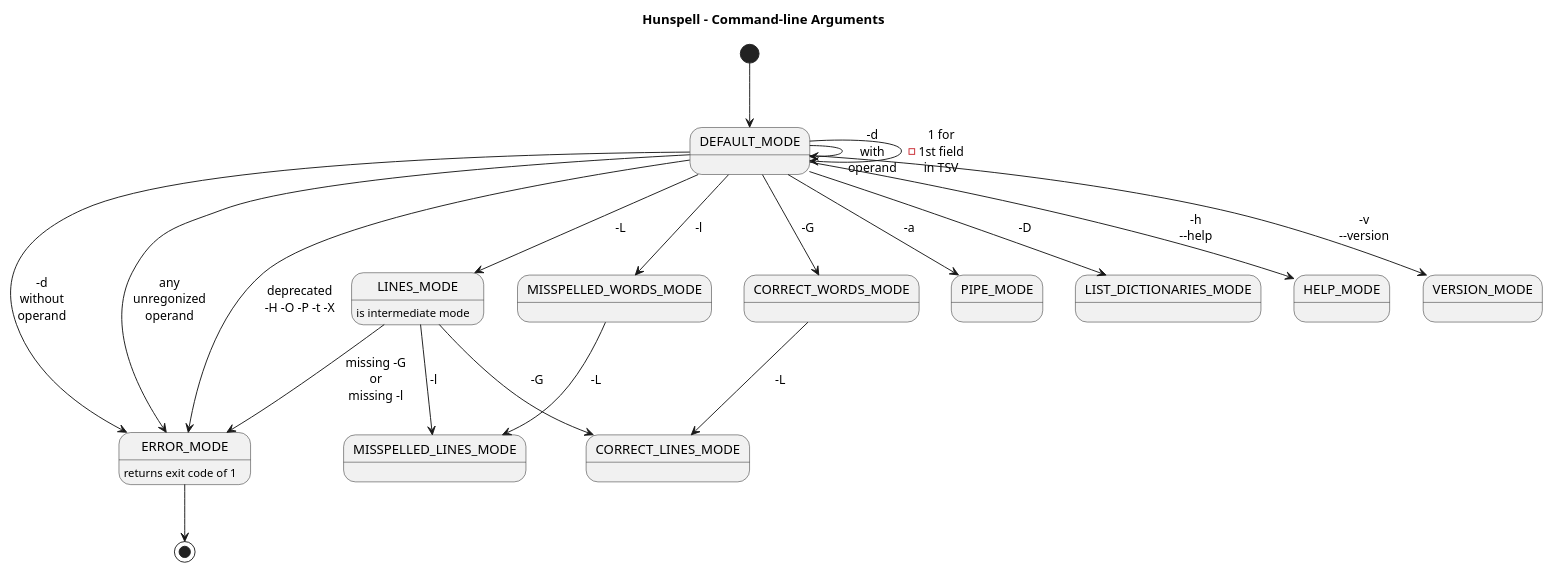
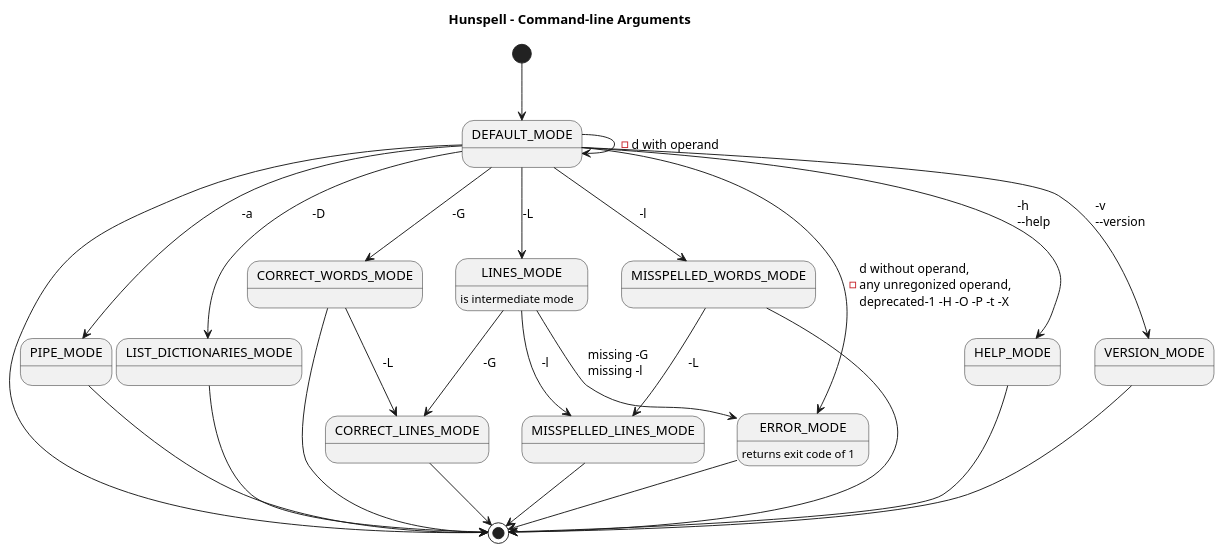
One commit to nuspell/misc-nuspell changed the diagram in uml/plantuml/command-line-arguments-state-diagram.pu. Above: the diagram before and after it, drawn with PlantUML. The commit also changed 15 other files, not shown here.

```diff
--- a/uml/plantuml/command-line-arguments-state-diagram.pu
+++ b/uml/plantuml/command-line-arguments-state-diagram.pu
@@ -1,38 +1,42 @@
 @startuml
 
 title Hunspell - Command-line Arguments
 
 [*] --> DEFAULT_MODE
 
-DEFAULT_MODE --> DEFAULT_MODE : -d\nwith\noperand
-DEFAULT_MODE --> DEFAULT_MODE : -1 for\n1st field\nin TSV
-DEFAULT_MODE --> ERROR_MODE : -d\nwithout\noperand
+DEFAULT_MODE --> DEFAULT_MODE : -d with operand
+DEFAULT_MODE --> [*]
 
 DEFAULT_MODE --> PIPE_MODE : -a
+PIPE_MODE --> [*]
 
 DEFAULT_MODE --> LIST_DICTIONARIES_MODE : -D
+LIST_DICTIONARIES_MODE --> [*]
 
 DEFAULT_MODE --> CORRECT_WORDS_MODE : -G
-LINES_MODE --> CORRECT_LINES_MODE : -G
+CORRECT_WORDS_MODE --> CORRECT_LINES_MODE : -L
+CORRECT_WORDS_MODE --> [*]
+CORRECT_LINES_MODE --> [*]
 
 DEFAULT_MODE --> MISSPELLED_WORDS_MODE : -l
-LINES_MODE --> MISSPELLED_LINES_MODE : -l
+MISSPELLED_WORDS_MODE --> MISSPELLED_LINES_MODE : -L
+MISSPELLED_LINES_MODE --> [*]
+MISSPELLED_WORDS_MODE --> [*]
 
 DEFAULT_MODE --> LINES_MODE : -L
-MISSPELLED_WORDS_MODE --> MISSPELLED_LINES_MODE : -L
-CORRECT_WORDS_MODE --> CORRECT_LINES_MODE : -L
+LINES_MODE : is intermediate mode
+LINES_MODE --> CORRECT_LINES_MODE : -G
+LINES_MODE --> MISSPELLED_LINES_MODE : -l
+LINES_MODE --> ERROR_MODE : missing -G\lmissing -l
 
-DEFAULT_MODE --> HELP_MODE : -h\n--help
+DEFAULT_MODE --> HELP_MODE : -h\l--help
+HELP_MODE --> [*]
 
-DEFAULT_MODE --> VERSION_MODE : -v\n--version
+DEFAULT_MODE --> VERSION_MODE : -v\l--version
+VERSION_MODE --> [*]
 
-DEFAULT_MODE --> ERROR_MODE : any\nunregonized\noperand
-DEFAULT_MODE --> ERROR_MODE : deprecated\n-H -O -P -t -X
-
-LINES_MODE --> ERROR_MODE : missing -G\nor\nmissing -l
-LINES_MODE : is intermediate mode
-
+DEFAULT_MODE --> ERROR_MODE : -d without operand,\lany unregonized operand,\ldeprecated-1 -H -O -P -t -X
 ERROR_MODE --> [*]
 ERROR_MODE : returns exit code of 1
 
 @enduml
```
